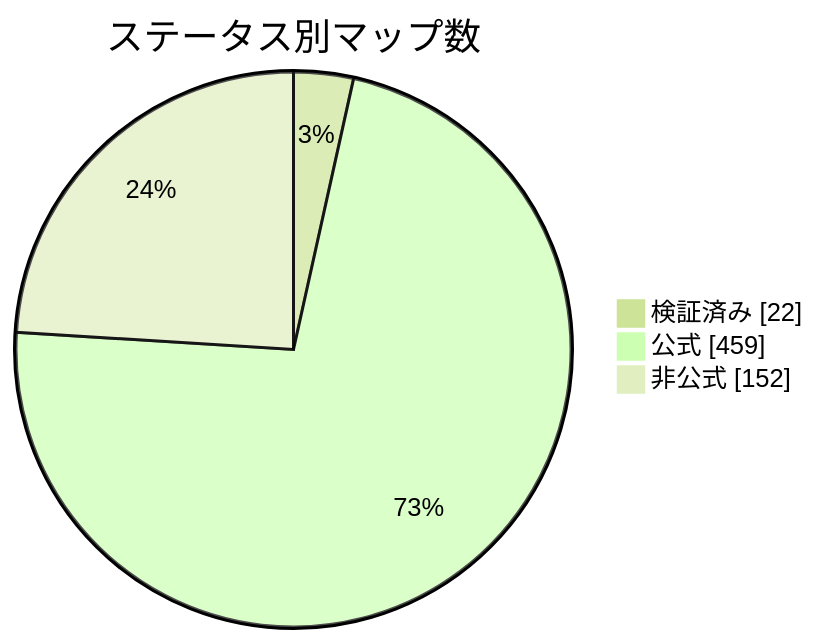
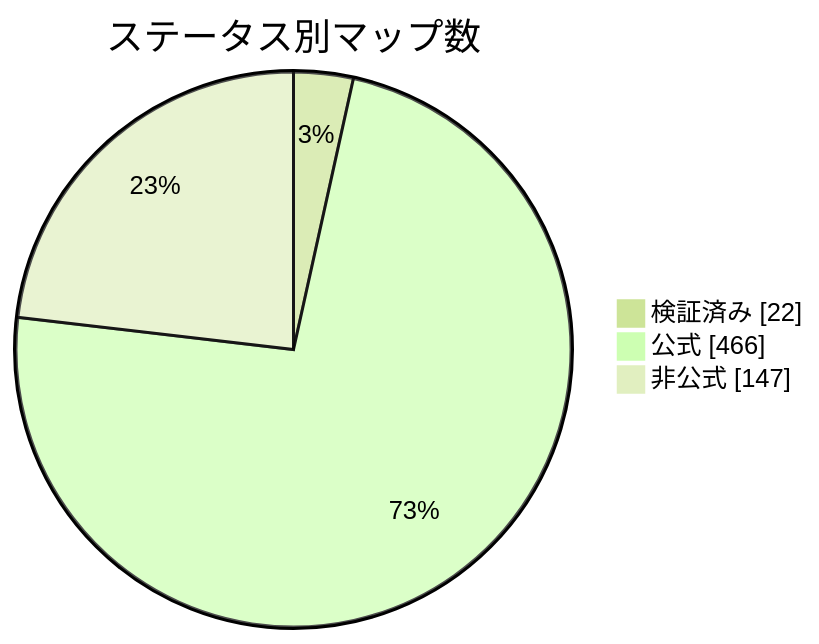
Before and after one commit to nobrega8/mbmap-library: the diagram in docs/readme/README_JP.md, drawn with Mermaid (forest theme). The commit also changed 4 other files, not shown here.

````diff
--- a/docs/readme/README_JP.md
+++ b/docs/readme/README_JP.md
@@ -54,7 +54,7 @@
 ```mermaid
 pie showData
     title ステータス別マップ数
     "検証済み" : 22
-    "公式" : 459
-    "非公式" : 152
+    "公式" : 466
+    "非公式" : 147
 ```
````
